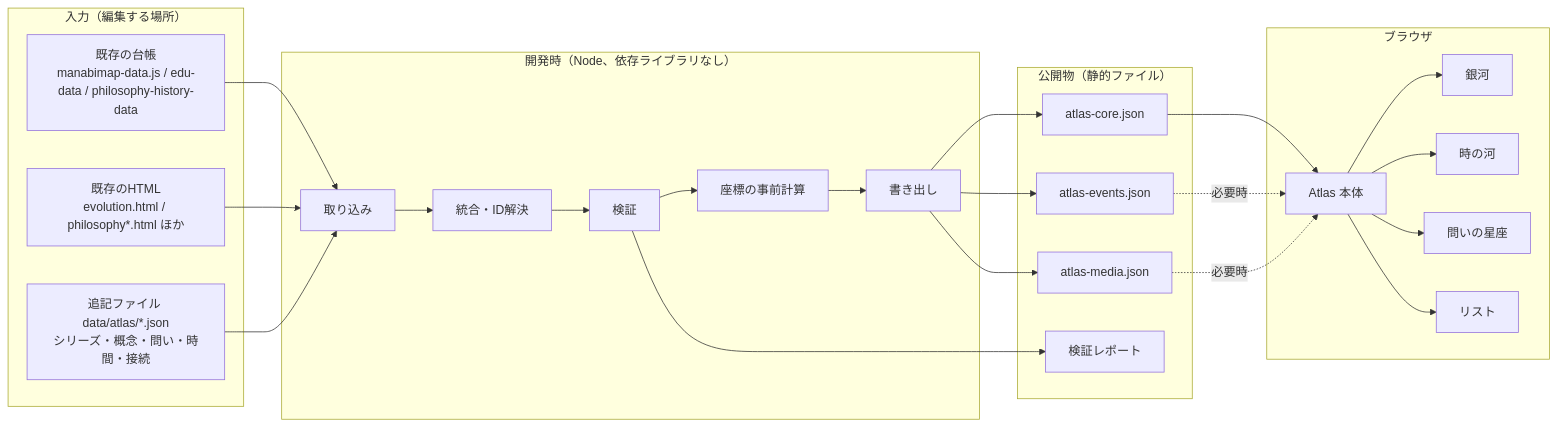
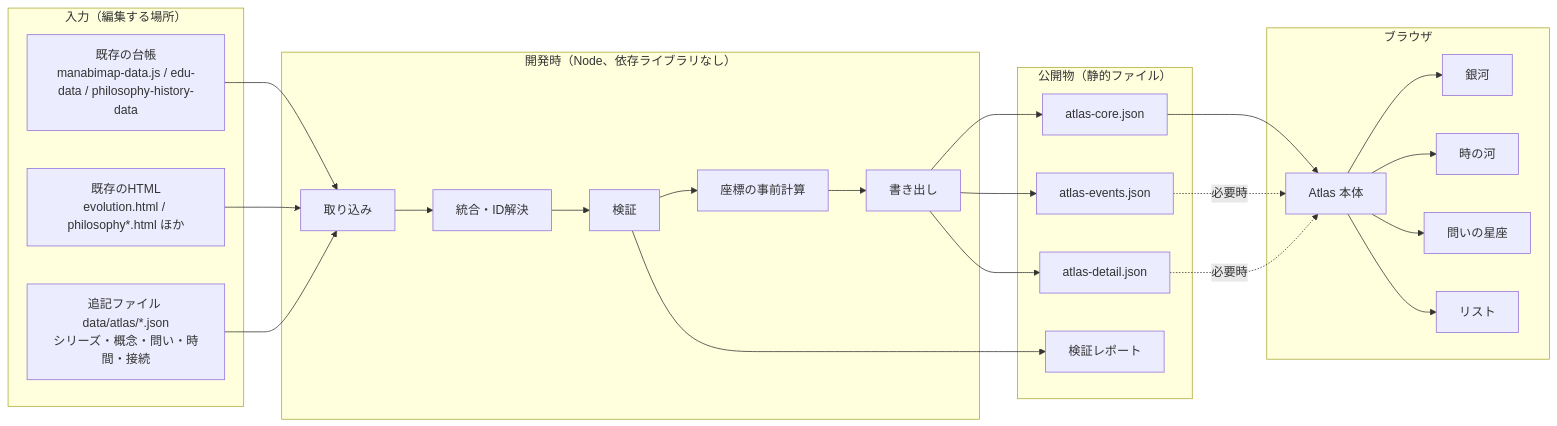
Before and after one commit to pinco53/ManabiMap: the first of 2 diagrams in docs/manabimap-next/06-technical-design.md, drawn with Mermaid. The commit also changed other lines of this file and 28 other files, not shown here.

````diff
--- a/docs/manabimap-next/06-technical-design.md
+++ b/docs/manabimap-next/06-technical-design.md
@@ -7,26 +7,26 @@
 ```mermaid
 graph LR
   subgraph "入力（編集する場所）"
     L1["既存の台帳<br/>manabimap-data.js / edu-data / philosophy-history-data"]
     L2["既存のHTML<br/>evolution.html / philosophy*.html ほか"]
     L3["追記ファイル data/atlas/*.json<br/>シリーズ・概念・問い・時間・接続"]
   end
   subgraph "開発時（Node、依存ライブラリなし）"
     B1[取り込み] --> B2[統合・ID解決] --> B3[検証] --> B4[座標の事前計算] --> B5[書き出し]
   end
   subgraph "公開物（静的ファイル）"
     O1[atlas-core.json]
     O2[atlas-events.json]
-    O3[atlas-media.json]
+    O3[atlas-detail.json]
     O4[検証レポート]
   end
   subgraph "ブラウザ"
     R1[Atlas 本体] --> R2[銀河] & R3[時の河] & R4[問いの星座] & R5[リスト]
   end
   L1 & L2 & L3 --> B1
   B5 --> O1 & O2 & O3
   B3 --> O4
   O1 --> R1
   O2 -. 必要時 .-> R1
   O3 -. 必要時 .-> R1
 ```
````
